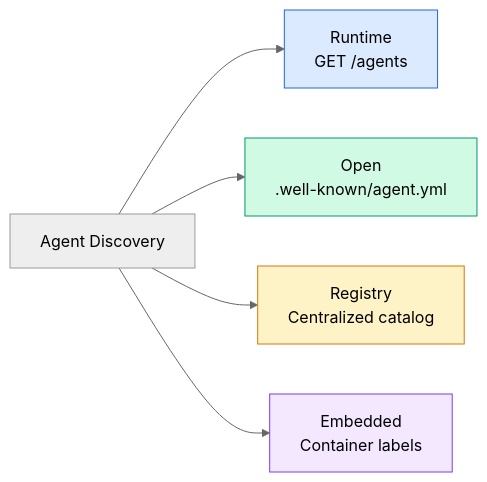
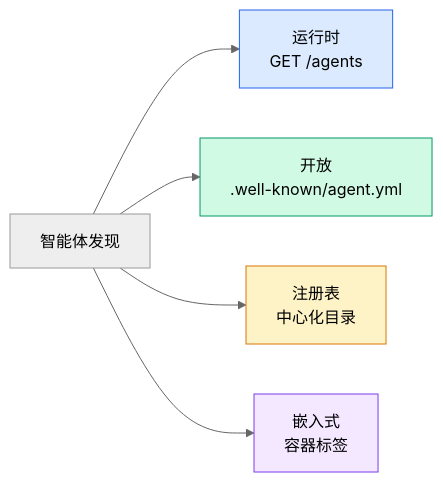
The sixth of 13 diagrams in phases/16-multi-agent-and-swarms/03-communication-protocols/docs/zh-CN.md (husky1102/ai-engineering-from-scratch-zh), drawn with Mermaid (neutral theme) before and after one commit. The commit also changed other lines of this file and 1 other file, not shown here.

````diff
--- a/phases/16-multi-agent-and-swarms/03-communication-protocols/docs/zh-CN.md
+++ b/phases/16-multi-agent-and-swarms/03-communication-protocols/docs/zh-CN.md
@@ -310,12 +310,12 @@
 ```mermaid
 graph LR
-    A[Agent Discovery] --> B["Runtime<br/>GET /agents"]
-    A --> C["Open<br/>.well-known/agent.yml"]
-    A --> D["Registry<br/>Centralized catalog"]
-    A --> E["Embedded<br/>Container labels"]
+    A[智能体发现] --> B["运行时<br/>GET /agents"]
+    A --> C["开放<br/>.well-known/agent.yml"]
+    A --> D["注册表<br/>中心化目录"]
+    A --> E["嵌入式<br/>容器标签"]
 
     style B fill:#dbeafe,stroke:#2563eb
     style C fill:#d1fae5,stroke:#059669
     style D fill:#fef3c7,stroke:#d97706
     style E fill:#f3e8ff,stroke:#7c3aed
 ```
````
